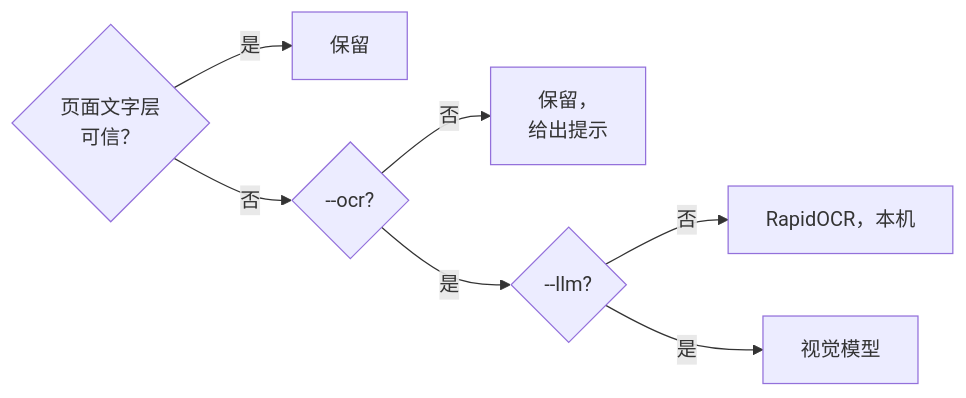
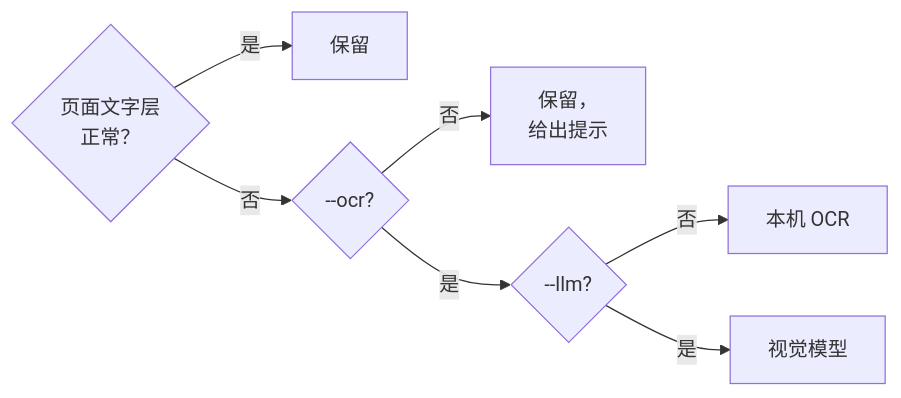
Before and after one commit to Ynewtime/markitai: the third of 3 diagrams in website/zh/guide/cli.md, drawn with Mermaid. The commit also changed other lines of this file and 38 other files, not shown here.

````diff
--- a/website/zh/guide/cli.md
+++ b/website/zh/guide/cli.md
@@ -112,9 +108,9 @@
 ```mermaid
 flowchart LR
-  T{页面文字层<br/>可信？} -->|是| K[保留]
+  T{页面文字层<br/>正常？} -->|是| K[保留]
   T -->|否| O{--ocr?}
   O -->|否| N[保留，<br/>给出提示]
   O -->|是| L{--llm?}
-  L -->|否| R[RapidOCR，本机]
+  L -->|否| R[本机 OCR]
   L -->|是| V[视觉模型]
 ```
````
